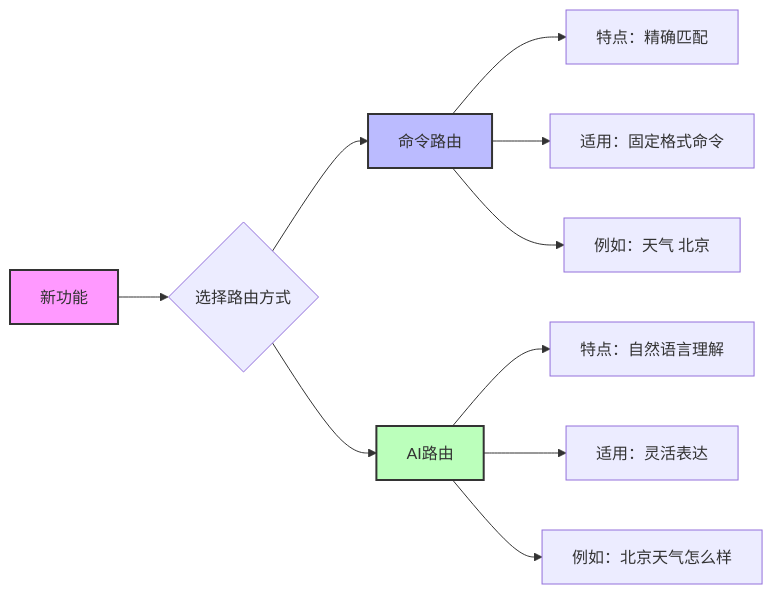
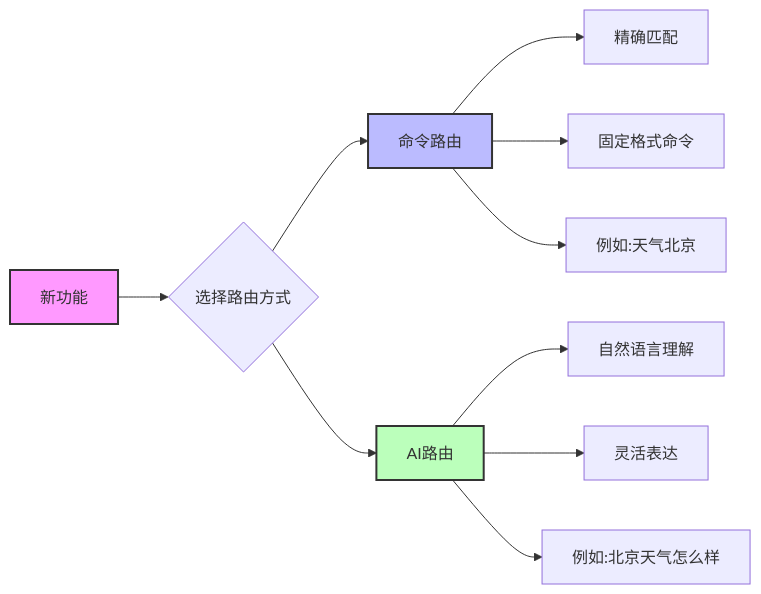
Before and after one commit to leonx2021/Bubbles: the second of 2 diagrams in README.MD, drawn with Mermaid. The commit also changed other lines of this file, not shown here.

Commit message:
docs: 更新README中的流程图描述和示例

````diff
--- a/README.MD
+++ b/README.MD
@@ -283,18 +283,18 @@
 ```mermaid
 graph LR
     A[新功能] --> B{选择路由方式}
     B --> C[命令路由]
     B --> D[AI路由]
     
-    C --> E[特点：精确匹配]
-    C --> F[适用：固定格式命令]
-    C --> G[例如：天气 北京]
+    C --> E[精确匹配]
+    C --> F[固定格式命令]
+    C --> G[例如:天气北京]
     
-    D --> H[特点：自然语言理解]
-    D --> I[适用：灵活表达]
-    D --> J[例如：北京天气怎么样]
+    D --> H[自然语言理解]
+    D --> I[灵活表达]
+    D --> J[例如:北京天气怎么样]
     
     style A fill:#f9f,stroke:#333,stroke-width:2px
     style C fill:#bbf,stroke:#333,stroke-width:2px
     style D fill:#bfb,stroke:#333,stroke-width:2px
 ```
````
